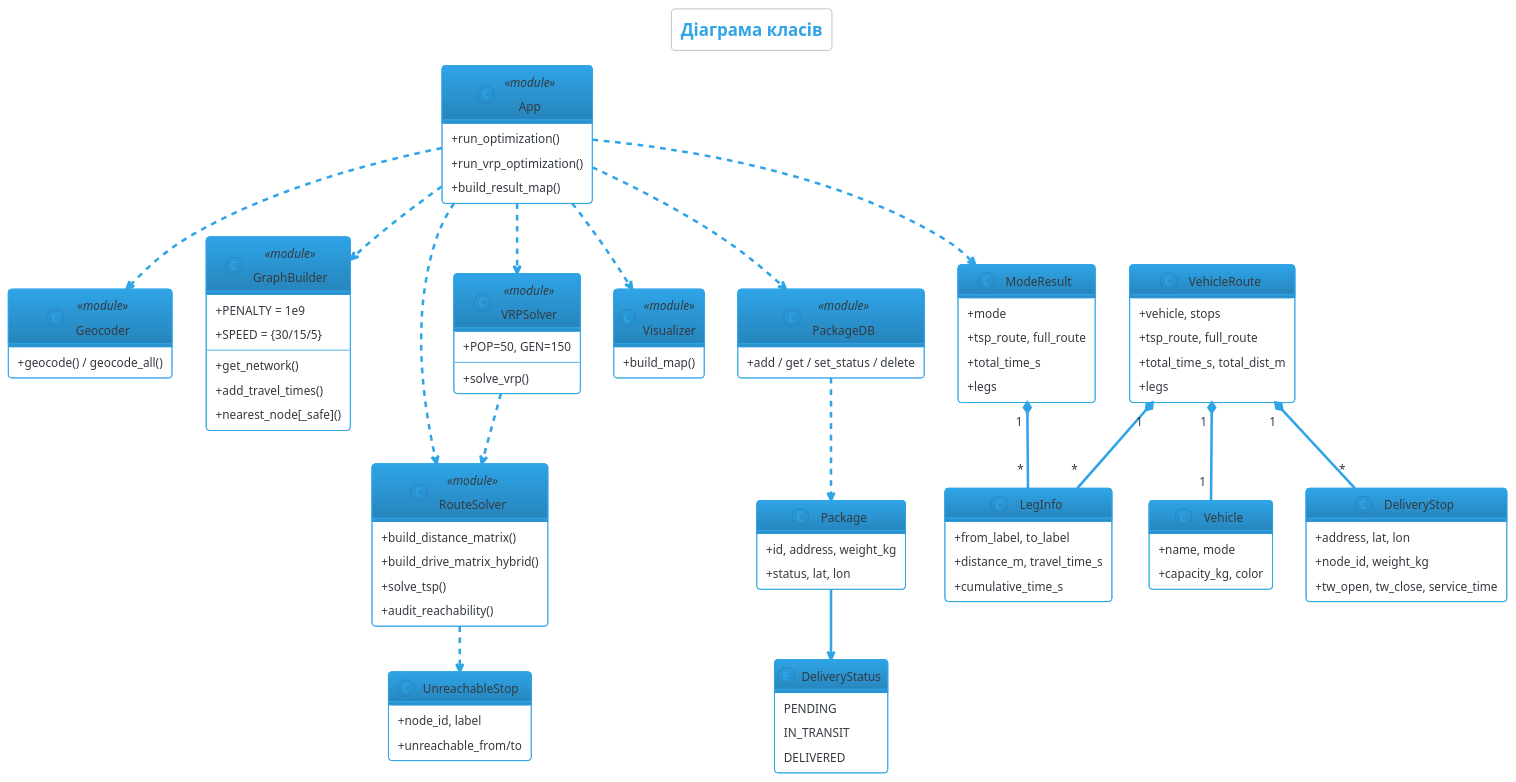
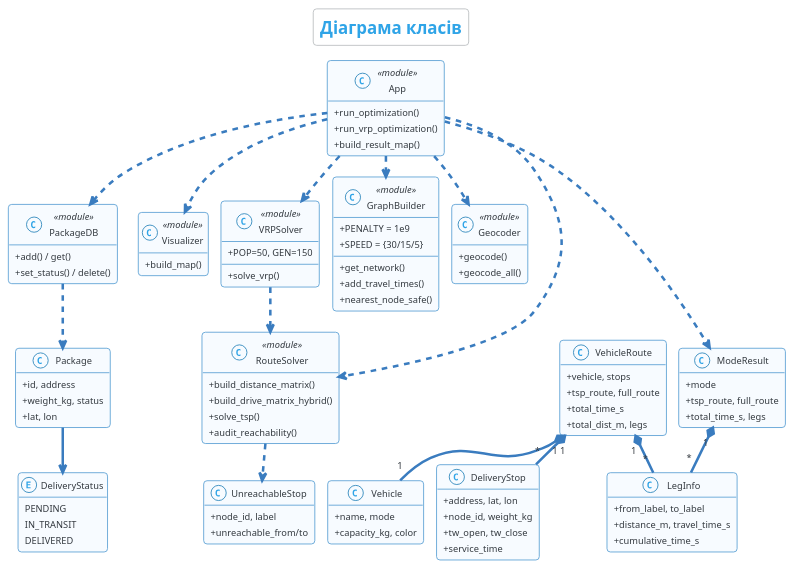
Before and after one commit to timurrte/DeliveryIQ: the diagram in docs/class_diagram.puml, drawn with PlantUML. The commit also changed 5 other files, not shown here.

```diff
--- a/docs/class_diagram.puml
+++ b/docs/class_diagram.puml
@@ -1,115 +1,133 @@
 @startuml DeliveryIQ_ClassDiagram
 !theme cerulean-outline
 skinparam classAttributeIconSize 0
-skinparam defaultFontSize 14
-skinparam classFontSize 14
-skinparam nodesep 40
-skinparam ranksep 40
+skinparam defaultFontSize 11
+skinparam classFontSize 11
+skinparam classHeaderBackgroundColor #dce9f5
+skinparam nodesep 15
+skinparam ranksep 25
+skinparam padding 2
+skinparam classBackgroundColor #f7fbff
+skinparam classBorderColor #5a9fd4
+skinparam arrowColor #3a7cbf
 hide empty members
+
+top to bottom direction
 
 title Діаграма класів
 
-enum DeliveryStatus {
-    PENDING
-    IN_TRANSIT
-    DELIVERED
+together {
+    enum DeliveryStatus {
+        PENDING
+        IN_TRANSIT
+        DELIVERED
+    }
+
+    class Package {
+        + id, address
+        + weight_kg, status
+        + lat, lon
+    }
+
+    class PackageDB <<module>> {
+        + add() / get()
+        + set_status() / delete()
+    }
 }
 
-class DeliveryStop {
-    + address, lat, lon
-    + node_id, weight_kg
-    + tw_open, tw_close, service_time
+together {
+    class DeliveryStop {
+        + address, lat, lon
+        + node_id, weight_kg
+        + tw_open, tw_close
+        + service_time
+    }
+
+    class Vehicle {
+        + name, mode
+        + capacity_kg, color
+    }
+
+    class UnreachableStop {
+        + node_id, label
+        + unreachable_from/to
+    }
 }
 
-class LegInfo {
-    + from_label, to_label
-    + distance_m, travel_time_s
-    + cumulative_time_s
-}
+together {
+    class LegInfo {
+        + from_label, to_label
+        + distance_m, travel_time_s
+        + cumulative_time_s
+    }
 
-class ModeResult {
-    + mode
-    + tsp_route, full_route
-    + total_time_s
-    + legs
-}
+    class ModeResult {
+        + mode
+        + tsp_route, full_route
+        + total_time_s, legs
+    }
 
-class Vehicle {
-    + name, mode
-    + capacity_kg, color
-}
-
-class VehicleRoute {
-    + vehicle, stops
-    + tsp_route, full_route
-    + total_time_s, total_dist_m
-    + legs
-}
-
-class Package {
-    + id, address, weight_kg
-    + status, lat, lon
-}
-
-class UnreachableStop {
-    + node_id, label
-    + unreachable_from/to
+    class VehicleRoute {
+        + vehicle, stops
+        + tsp_route, full_route
+        + total_time_s
+        + total_dist_m, legs
+    }
 }
 
 class App <<module>> {
     + run_optimization()
     + run_vrp_optimization()
     + build_result_map()
 }
 
-class Geocoder <<module>> {
-    + geocode() / geocode_all()
-}
+together {
+    class Geocoder <<module>> {
+        + geocode()
+        + geocode_all()
+    }
 
-class GraphBuilder <<module>> {
-    + PENALTY = 1e9
-    + SPEED = {30/15/5}
-    + get_network()
-    + add_travel_times()
-    + nearest_node[_safe]()
-}
+    class GraphBuilder <<module>> {
+        + PENALTY = 1e9
+        + SPEED = {30/15/5}
+        + get_network()
+        + add_travel_times()
+        + nearest_node_safe()
+    }
 
-class RouteSolver <<module>> {
-    + build_distance_matrix()
-    + build_drive_matrix_hybrid()
-    + solve_tsp()
-    + audit_reachability()
-}
+    class RouteSolver <<module>> {
+        + build_distance_matrix()
+        + build_drive_matrix_hybrid()
+        + solve_tsp()
+        + audit_reachability()
+    }
 
-class VRPSolver <<module>> {
-    + POP=50, GEN=150
-    + solve_vrp()
-}
+    class VRPSolver <<module>> {
+        + POP=50, GEN=150
+        + solve_vrp()
+    }
 
-class Visualizer <<module>> {
-    + build_map()
-}
-
-class PackageDB <<module>> {
-    + add / get / set_status / delete
+    class Visualizer <<module>> {
+        + build_map()
+    }
 }
 
 ModeResult   "1" *-- "*" LegInfo
 VehicleRoute "1" *-- "*" LegInfo
 VehicleRoute "1" *-- "1" Vehicle
 VehicleRoute "1" *-- "*" DeliveryStop
 Package --> DeliveryStatus
 PackageDB ..> Package
 
 App ..> Geocoder
 App ..> GraphBuilder
 App ..> RouteSolver
 App ..> VRPSolver
 App ..> Visualizer
 App ..> PackageDB
 App ..> ModeResult
 
 VRPSolver ..> RouteSolver
 RouteSolver ..> UnreachableStop
 
 @enduml
```
